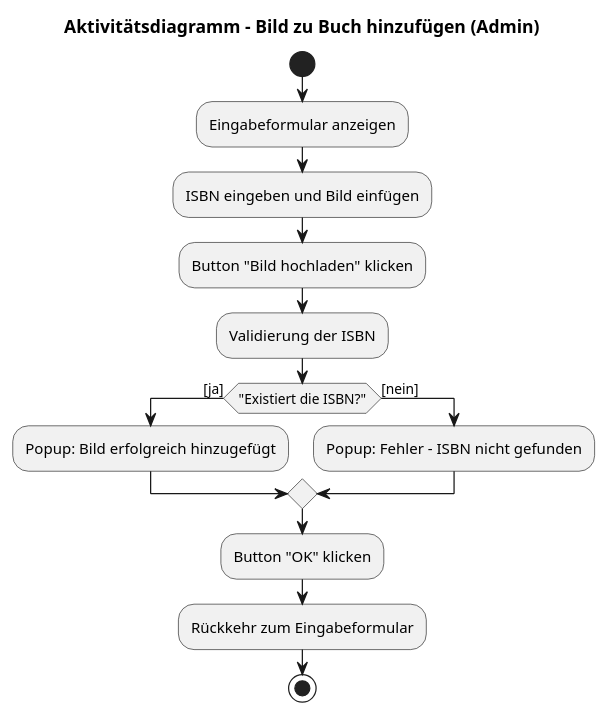
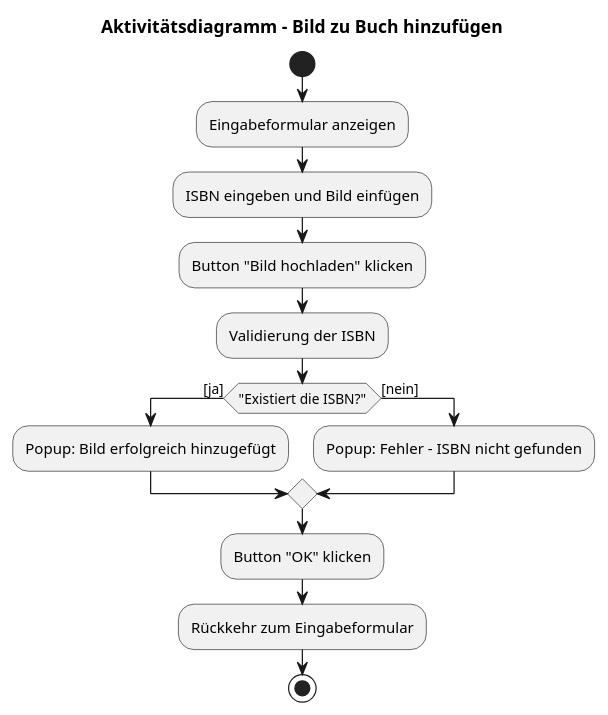
The diagram in extras/doc/projekthandbuch/aktivitaetsdiagrammAnlegenBild.plantuml (feydernoah/swe-react-frontend), drawn with PlantUML before and after one commit. The commit also changed 6 other files, not shown here.

Commit message:
Anpassung Formatierung UMLDiagramme

```diff
--- a/extras/doc/projekthandbuch/aktivitaetsdiagrammAnlegenBild.plantuml
+++ b/extras/doc/projekthandbuch/aktivitaetsdiagrammAnlegenBild.plantuml
@@ -3,23 +3,23 @@
 @startuml Aktivitätsdiagramm_BildHinzufuegen
 
-title Aktivitätsdiagramm – Bild zu Buch hinzufügen (Admin)
+title Aktivitätsdiagramm – Bild zu Buch hinzufügen
 
 start
 
 :Eingabeformular anzeigen;
 :ISBN eingeben und Bild einfügen;
 :Button "Bild hochladen" klicken;
 :Validierung der ISBN;
 
 if ("Existiert die ISBN?") then ([ja])
   :Popup: Bild erfolgreich hinzugefügt;
 else ([nein])
   :Popup: Fehler – ISBN nicht gefunden;
 endif
 
 :Button "OK" klicken;
 :Rückkehr zum Eingabeformular;
 
 stop
 
 @enduml
```
